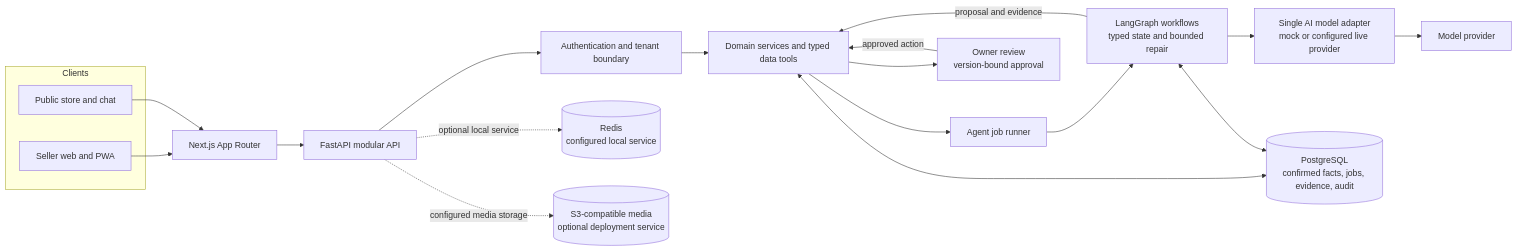
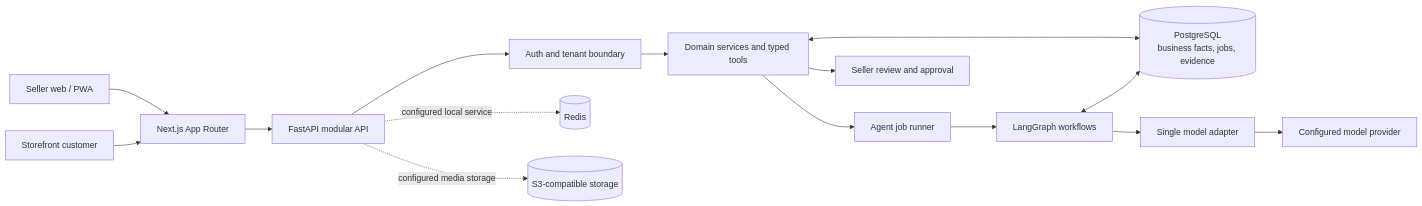
Before and after one commit to ABHIRAM-DEVP/Bizsaathi: the second of 2 diagrams in README.md, drawn with Mermaid. The commit also changed other lines of this file, not shown here.

````diff
--- a/README.md
+++ b/README.md
@@ -33,34 +70,17 @@
 ```mermaid
 flowchart LR
-  subgraph Clients
-    OWNER[Seller web and PWA]
-    CUSTOMER[Public store and chat]
-  end
-
-  WEB[Next.js App Router]
-  API[FastAPI modular API]
-  AUTH[Authentication and tenant boundary]
-  SERVICES[Domain services and typed data tools]
-  JOBS[Agent job runner]
-  GRAPH[LangGraph workflows<br/>typed state and bounded repair]
-  ADAPTER[Single AI model adapter<br/>mock or configured live provider]
-  DB[(PostgreSQL<br/>confirmed facts, jobs, evidence, audit)]
-  CACHE[(Redis<br/>configured local service)]
-  MEDIA[(S3-compatible media<br/>optional deployment service)]
-  APPROVAL[Owner review<br/>version-bound approval]
-
-  OWNER --> WEB
-  CUSTOMER --> WEB
-  WEB --> API
-  API --> AUTH --> SERVICES
-  SERVICES <--> DB
-  SERVICES --> JOBS --> GRAPH
+  SELLER[Seller web / PWA] --> WEB[Next.js App Router]
+  CUSTOMER[Storefront customer] --> WEB
+  WEB --> API[FastAPI modular API]
+  API --> AUTH[Auth and tenant boundary]
+  AUTH --> SERVICES[Domain services and typed tools]
+  SERVICES <--> DB[(PostgreSQL<br/>business facts, jobs, evidence)]
+  SERVICES --> RUNNER[Agent job runner]
+  RUNNER --> GRAPH[LangGraph workflows]
   GRAPH <--> DB
-  GRAPH --> ADAPTER
-  ADAPTER --> MODEL[Model provider]
-  GRAPH -->|proposal and evidence| SERVICES
-  SERVICES --> APPROVAL
-  APPROVAL -->|approved action| SERVICES
-  API -. optional local service .-> CACHE
-  API -. configured media storage .-> MEDIA
+  GRAPH --> ADAPTER[Single model adapter]
+  ADAPTER --> MODEL[Configured model provider]
+  SERVICES --> REVIEW[Seller review and approval]
+  API -. configured local service .-> REDIS[(Redis)]
+  API -. configured media storage .-> STORAGE[(S3-compatible storage)]
 ```
````
